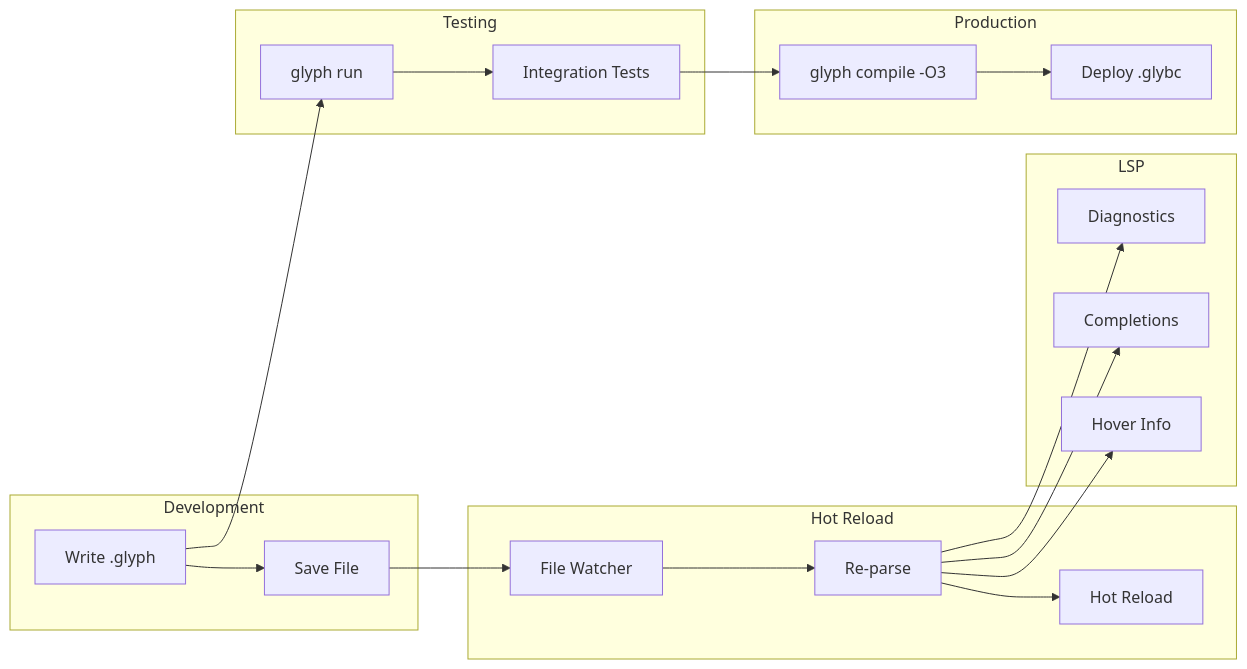
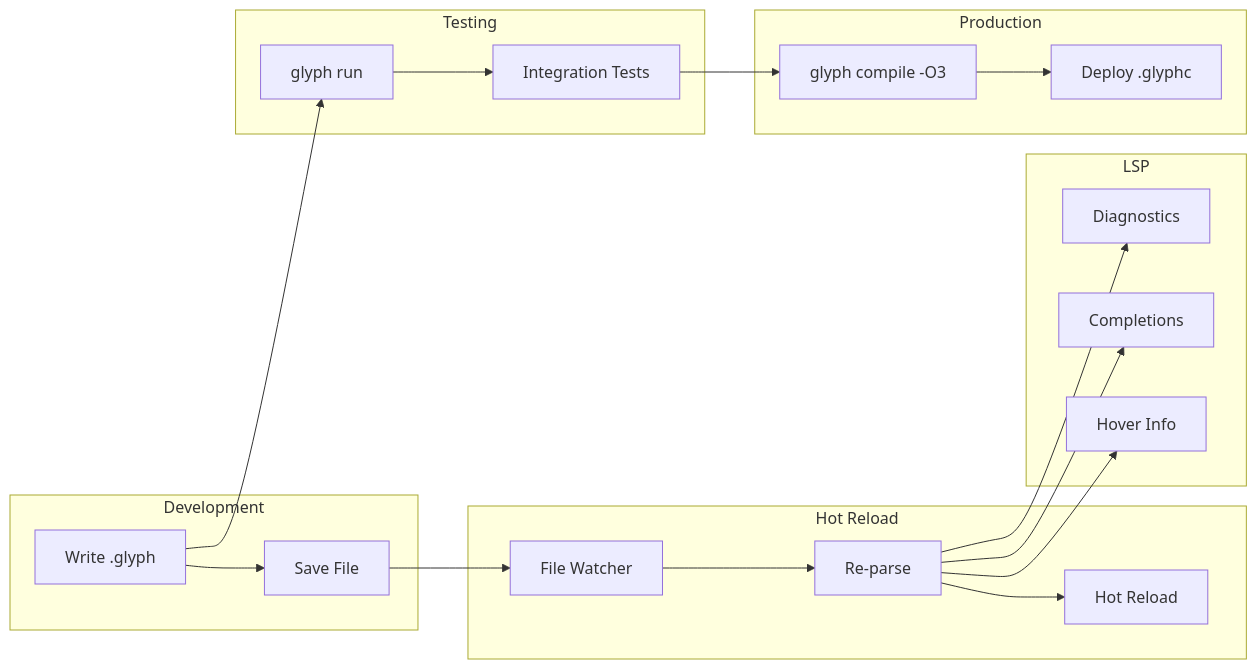
Before and after one commit to GlyphLang/GlyphLang: diagram 22 of 22 in docs/ARCHITECTURE_DESIGN.md, drawn with Mermaid. The commit also changed other lines of this file and 6 other files, not shown here.

First line of the commit message:
Rename compiled bytecode extension from .glybc to .glyphc

````diff
--- a/docs/ARCHITECTURE_DESIGN.md
+++ b/docs/ARCHITECTURE_DESIGN.md
@@ -1022,42 +1022,42 @@
 ```mermaid
 flowchart LR
     subgraph "Development"
         CODE["Write .glyph"]
         SAVE["Save File"]
     end
 
     subgraph "Hot Reload"
         WATCH["File Watcher"]
         PARSE["Re-parse"]
         RELOAD["Hot Reload"]
     end
 
     subgraph "LSP"
         DIAG["Diagnostics"]
         COMP["Completions"]
         HOVER["Hover Info"]
     end
 
     subgraph "Testing"
         RUN["glyph run"]
         TEST["Integration Tests"]
     end
 
     subgraph "Production"
         BUILD["glyph compile -O3"]
-        DEPLOY["Deploy .glybc"]
+        DEPLOY["Deploy .glyphc"]
     end
 
     CODE --> SAVE
     SAVE --> WATCH
     WATCH --> PARSE
     PARSE --> RELOAD
     PARSE --> DIAG
     PARSE --> COMP
     PARSE --> HOVER
 
     CODE --> RUN
     RUN --> TEST
     TEST --> BUILD
     BUILD --> DEPLOY
 ```
````
